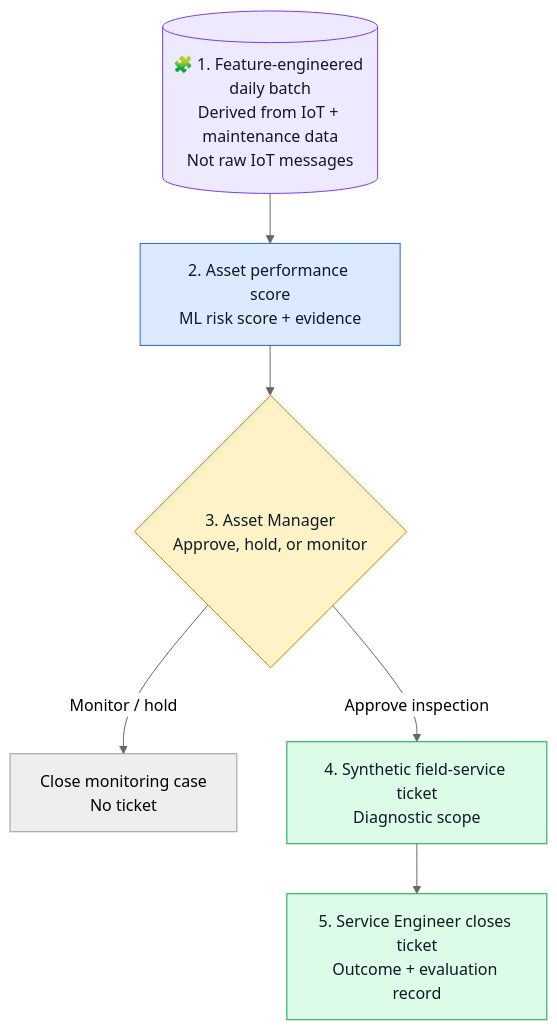
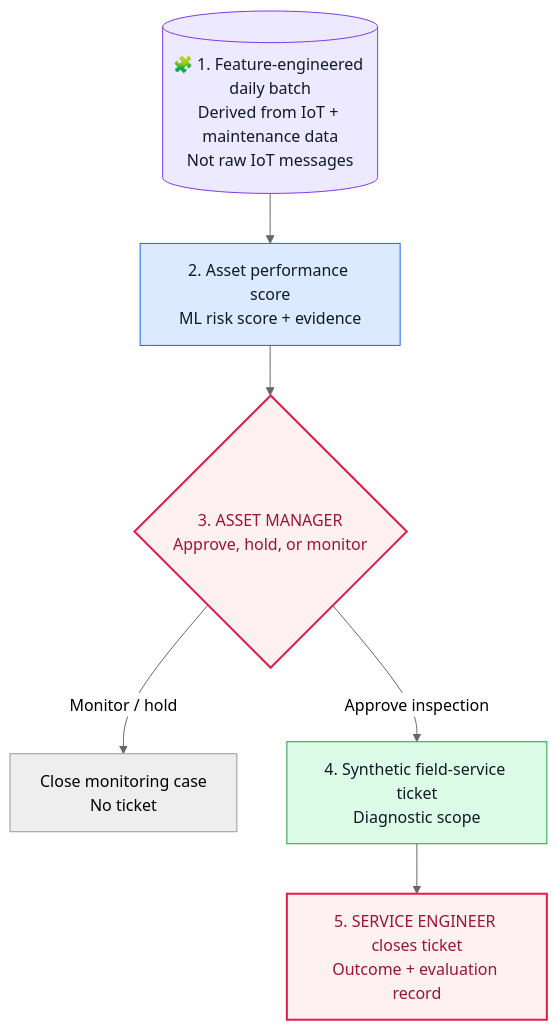
Before and after one commit to fmlin0429712024/industrial-operations-ai-poc: the diagram in README.md, drawn with Mermaid (neutral theme).

Commit message:
Highlight human-owned workflow steps

````diff
--- a/README.md
+++ b/README.md
@@ -9,17 +9,18 @@
 ```mermaid
 flowchart TD
     A[("🧩 1. Feature-engineered daily batch<br/>Derived from IoT + maintenance data<br/>Not raw IoT messages")] --> B["2. Asset performance score<br/>ML risk score + evidence"]
-    B --> C{"3. Asset Manager<br/>Approve, hold, or monitor"}
+    B --> C{"3. ASSET MANAGER<br/>Approve, hold, or monitor"}
     C -->|"Monitor / hold"| D["Close monitoring case<br/>No ticket"]
     C -->|"Approve inspection"| E["4. Synthetic field-service ticket<br/>Diagnostic scope"]
-    E --> F["5. Service Engineer closes ticket<br/>Outcome + evaluation record"]
+    E --> F["5. SERVICE ENGINEER closes ticket<br/>Outcome + evaluation record"]
 
     classDef data fill:#ede9fe,stroke:#7c3aed,color:#111827;
     classDef model fill:#dbeafe,stroke:#2563eb,color:#111827;
     classDef gate fill:#fef3c7,stroke:#d97706,color:#111827;
     classDef ticket fill:#dcfce7,stroke:#16a34a,color:#111827;
+    classDef persona fill:#fff1f2,stroke:#e11d48,color:#9f1239,stroke-width:2px;
     class A data;
     class B model;
-    class C gate;
-    class E,F ticket;
+    class E ticket;
+    class C,F persona;
 ```
````
